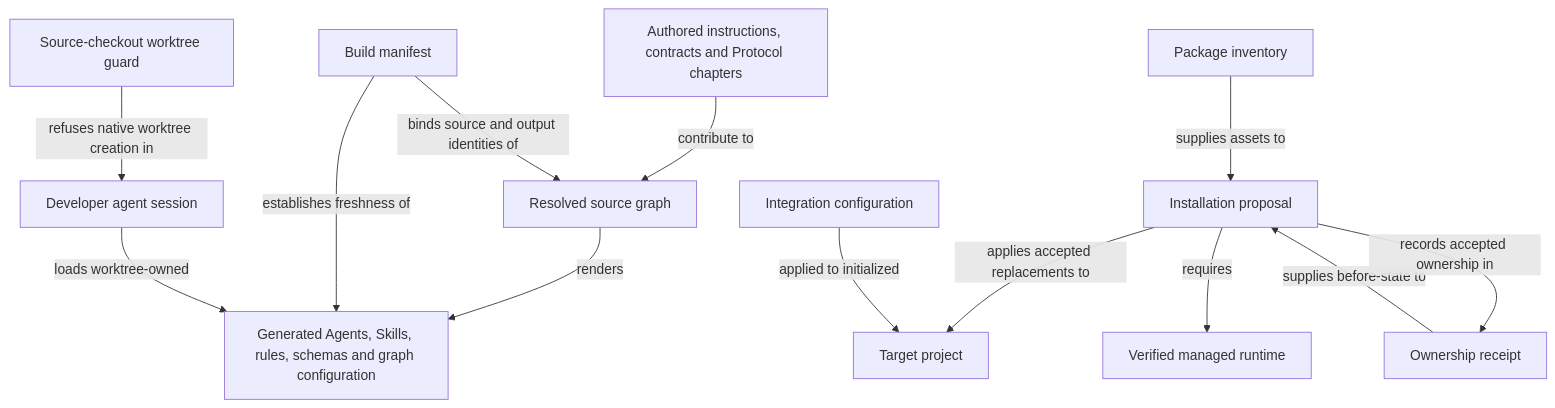
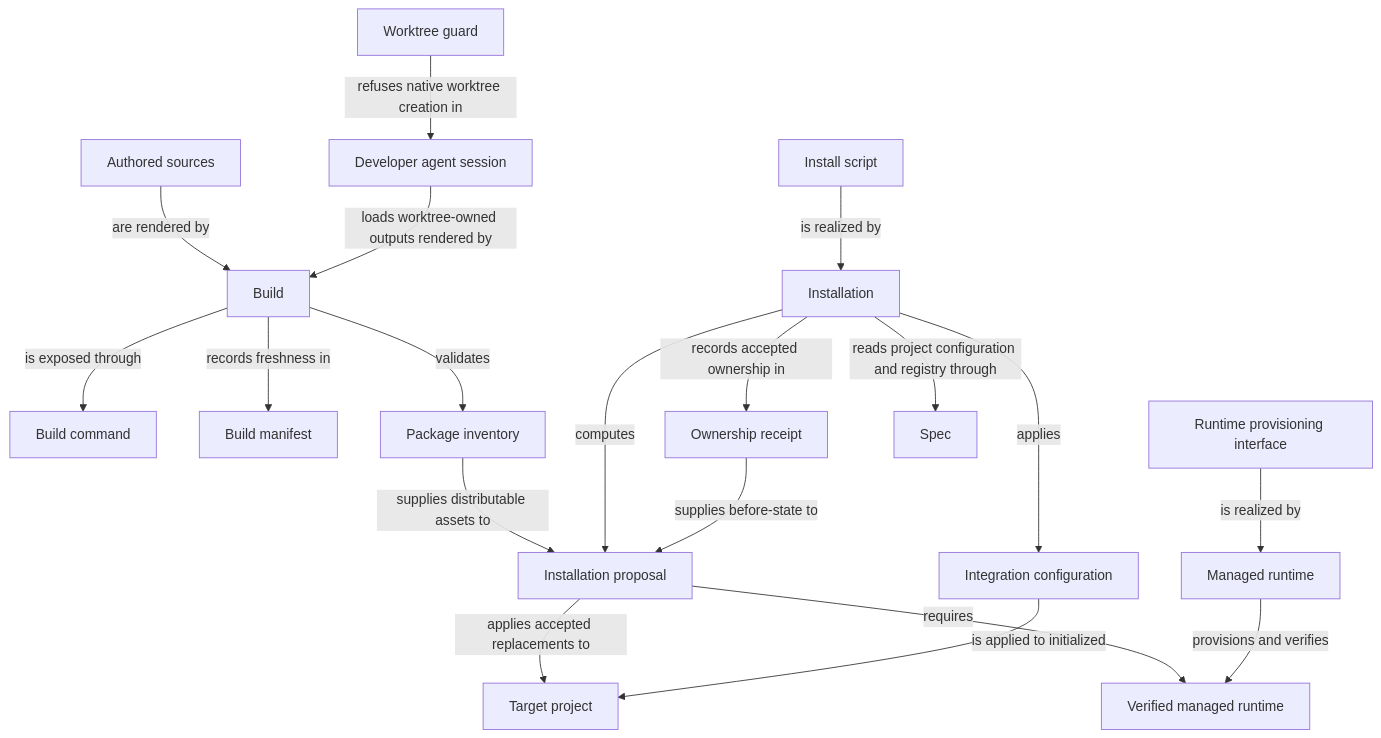
One commit to FTOD/concorde changed the diagram in specs/modules/concorde/distribution/module.md. Above: the diagram before and after it, drawn with Mermaid. The commit also changed other lines of this file and 166 other files, not shown here.

First line of the commit message:
refactor(protocol)!: adopt Spec Protocol 3.0 with four-part Module Specs

````diff
--- a/specs/modules/concorde/distribution/module.md
+++ b/specs/modules/concorde/distribution/module.md
@@ -25,29 +229,40 @@
 ```mermaid
 flowchart TB
     accTitle: Distribution entities and relationships
-    accDescr: Authored sources form a resolved source graph that the build renders into generated Agents, Skills, rules, schemas and the Studio graph configuration, recorded by a build manifest. A package inventory identifies distributable assets. An installation proposal selects owned replacements and records their preconditions, requires a verified managed runtime, and records accepted ownership in a receipt. A configuration change applies supported integration settings to an initialized project. In the source checkout, a worktree guard refuses native worktree creation in the developer agent session that loads the worktree-owned generated Skills.
-    authored["Authored instructions, contracts and Protocol chapters"]
-    sourceGraph["Resolved source graph"]
-    outputs["Generated Agents, Skills, rules, schemas and graph configuration"]
+    accDescr: Authored sources are rendered by Build, which is exposed through the Build command, records freshness in the Build manifest and validates the Package inventory. The Install script is realized by Installation, which computes an Installation proposal from the Package inventory and the Ownership receipt, applies accepted replacements to the Target project, requires a Verified managed runtime, records new ownership in the receipt, and applies Integration configuration to the Target project. Installation reads the project configuration and registry through Spec. The Runtime provisioning interface is realized by Managed runtime, which provisions and verifies the Verified managed runtime that Distribution supplies. In the source checkout, the Worktree guard refuses native worktree creation in the Developer agent session that loads Build's worktree-owned outputs.
+    authored["Authored sources"]
+    build["Build"]
+    buildCmd["Build command"]
     manifest["Build manifest"]
     inventory["Package inventory"]
+    installScript["Install script"]
+    installation["Installation"]
     proposal["Installation proposal"]
+    receipt["Ownership receipt"]
     target["Target project"]
-    receipt["Ownership receipt"]
-    runtime["Verified managed runtime"]
-    configuration["Integration configuration"]
+    config["Integration configuration"]
+    runtimeIface["Runtime provisioning interface"]
+    managedRuntime["Managed runtime"]
+    verifiedRuntime["Verified managed runtime"]
+    guard["Worktree guard"]
     session["Developer agent session"]
-    guard["Source-checkout worktree guard"]
-    authored -->|contribute to| sourceGraph
-    sourceGraph -->|renders| outputs
-    manifest -->|binds source and output identities of| sourceGraph
-    manifest -->|establishes freshness of| outputs
-    inventory -->|supplies assets to| proposal
+    spec["Spec"]
+    authored -->|are rendered by| build
+    build -->|is exposed through| buildCmd
+    build -->|records freshness in| manifest
+    build -->|validates| inventory
+    inventory -->|supplies distributable assets to| proposal
+    installScript -->|is realized by| installation
+    installation -->|computes| proposal
     receipt -->|supplies before-state to| proposal
     proposal -->|applies accepted replacements to| target
-    proposal -->|requires| runtime
-    proposal -->|records accepted ownership in| receipt
-    configuration -->|applied to initialized| target
-    session -->|loads worktree-owned| outputs
+    proposal -->|requires| verifiedRuntime
+    installation -->|records accepted ownership in| receipt
+    installation -->|applies| config
+    config -->|is applied to initialized| target
+    runtimeIface -->|is realized by| managedRuntime
+    managedRuntime -->|provisions and verifies| verifiedRuntime
+    installation -->|reads project configuration and registry through| spec
+    session -->|loads worktree-owned outputs rendered by| build
     guard -->|refuses native worktree creation in| session
 ```
````
